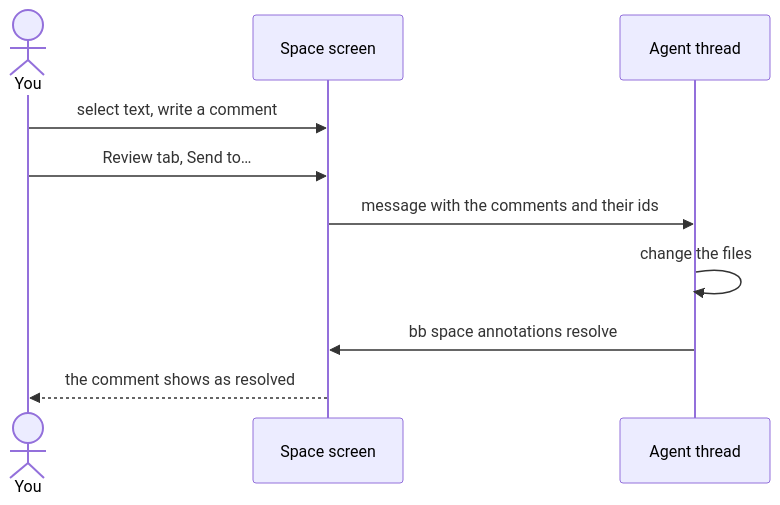
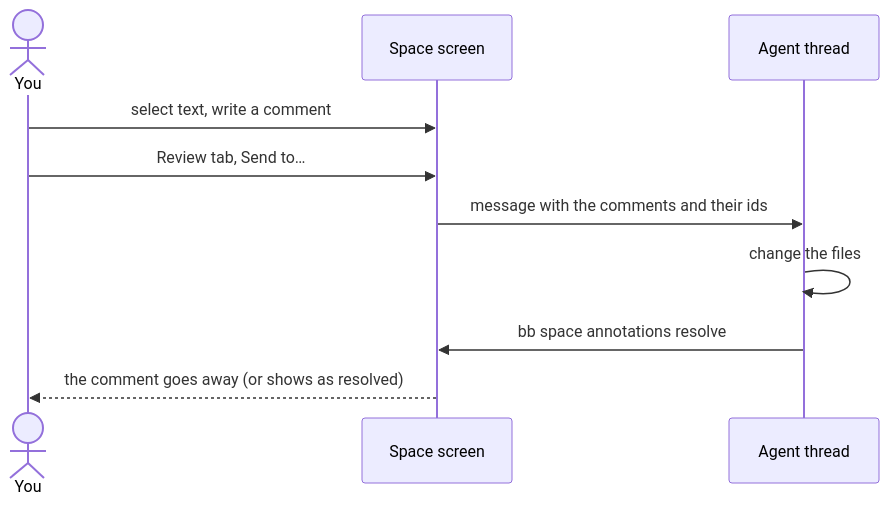
The first of 2 diagrams in .bb-space/guides/using-the-space.md (idrevnii/bb-plugin-project-space), drawn with Mermaid before and after one commit. The commit also changed other lines of this file and 17 other files, not shown here.

````diff
--- a/.bb-space/guides/using-the-space.md
+++ b/.bb-space/guides/using-the-space.md
@@ -157,12 +157,12 @@
 ```mermaid
 sequenceDiagram
   actor You
   participant S as Space screen
   participant A as Agent thread
   You->>S: select text, write a comment
   You->>S: Review tab, Send to…
   S->>A: message with the comments and their ids
   A->>A: change the files
   A->>S: bb space annotations resolve
-  S-->>You: the comment shows as resolved
+  S-->>You: the comment goes away (or shows as resolved)
 ```
````
